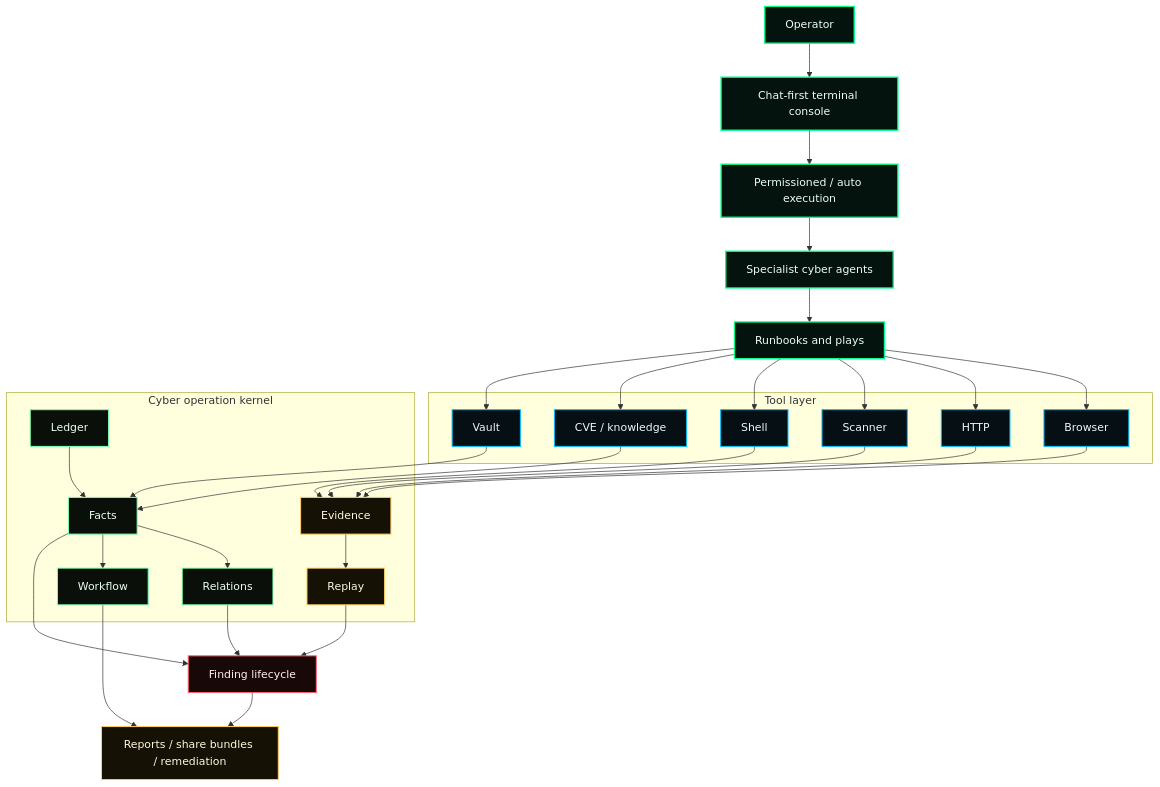
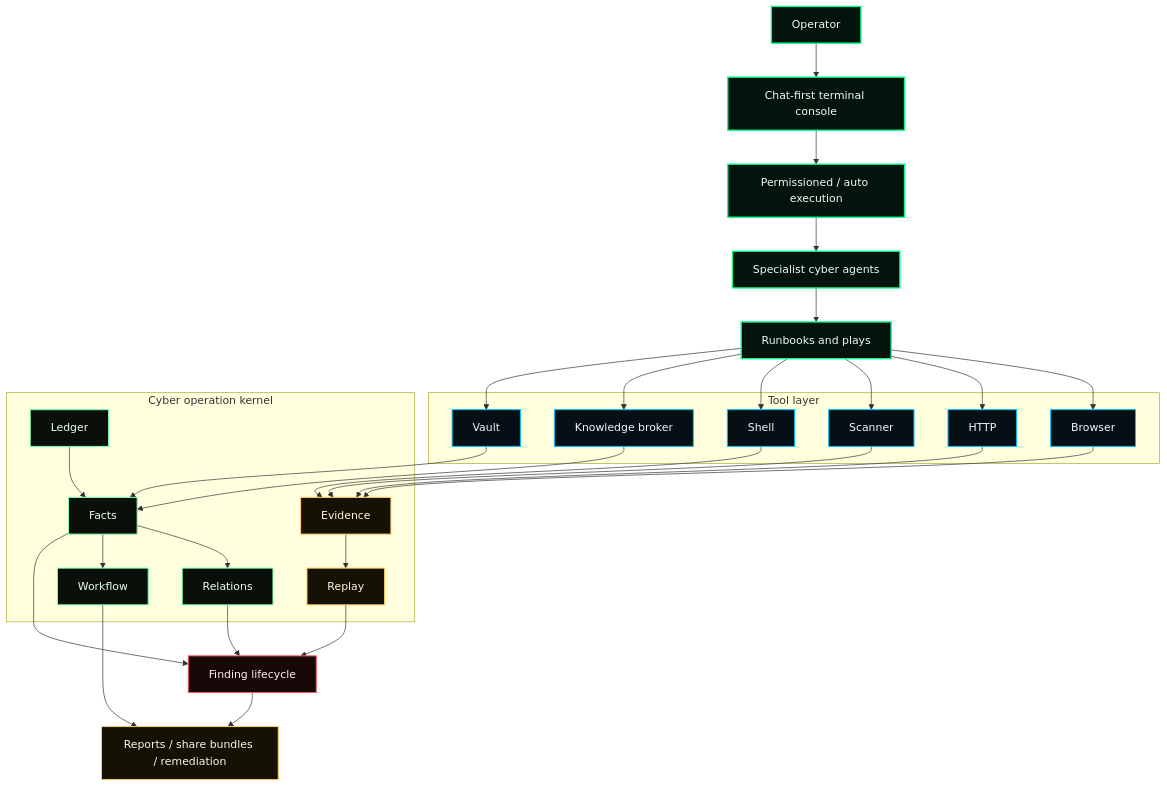
The second of 3 diagrams in README.md (FrancescoStabile/numasec), drawn with Mermaid before and after one commit. The commit also changed other lines of this file and 39 other files, not shown here.

Commit message:
feat(numasec): evolve knowledge broker and remove embedded cve bundle

````diff
--- a/README.md
+++ b/README.md
@@ -254,62 +256,62 @@
 ```mermaid
 flowchart TB
   operator["Operator"] --> console["Chat-first terminal console"]
   console --> control["Permissioned / auto execution"]
   control --> agents["Specialist cyber agents"]
   agents --> runbooks["Runbooks and plays"]
 
   subgraph tool_layer["Tool layer"]
     browser["Browser"]
     http["HTTP"]
     scanner["Scanner"]
     shell["Shell"]
-    cve["CVE / knowledge"]
+    knowledge["Knowledge broker"]
     vault["Vault"]
   end
 
   runbooks --> browser
   runbooks --> http
   runbooks --> scanner
   runbooks --> shell
-  runbooks --> cve
+  runbooks --> knowledge
   runbooks --> vault
 
   subgraph kernel["Cyber operation kernel"]
     ledger["Ledger"]
     facts["Facts"]
     relations["Relations"]
     evidence["Evidence"]
     replay["Replay"]
     workflow["Workflow"]
   end
 
   browser --> evidence
   http --> evidence
   scanner --> evidence
   shell --> evidence
-  cve --> facts
+  knowledge --> facts
   vault --> facts
 
   ledger --> facts
   facts --> relations
   evidence --> replay
   facts --> workflow
 
   facts --> lifecycle["Finding lifecycle"]
   relations --> lifecycle
   replay --> lifecycle
   workflow --> deliverables["Reports / share bundles / remediation"]
   lifecycle --> deliverables
 
   classDef top fill:#04130d,stroke:#00ff88,color:#eafff4,stroke-width:2px;
   classDef tool fill:#061014,stroke:#00c2ff,color:#eaf9ff,stroke-width:1.5px;
   classDef state fill:#0b0f0a,stroke:#7affb2,color:#eafff4,stroke-width:1.5px;
   classDef proofNode fill:#151104,stroke:#ffcc66,color:#fff7df,stroke-width:1.5px;
   classDef findingNode fill:#190808,stroke:#ff5f6d,color:#fff0f0,stroke-width:1.5px;
 
   class operator,console,control,agents,runbooks top;
-  class browser,http,scanner,shell,cve,vault tool;
+  class browser,http,scanner,shell,knowledge,vault tool;
   class ledger,facts,relations,workflow state;
   class evidence,replay,deliverables proofNode;
   class lifecycle findingNode;
 ```
````
